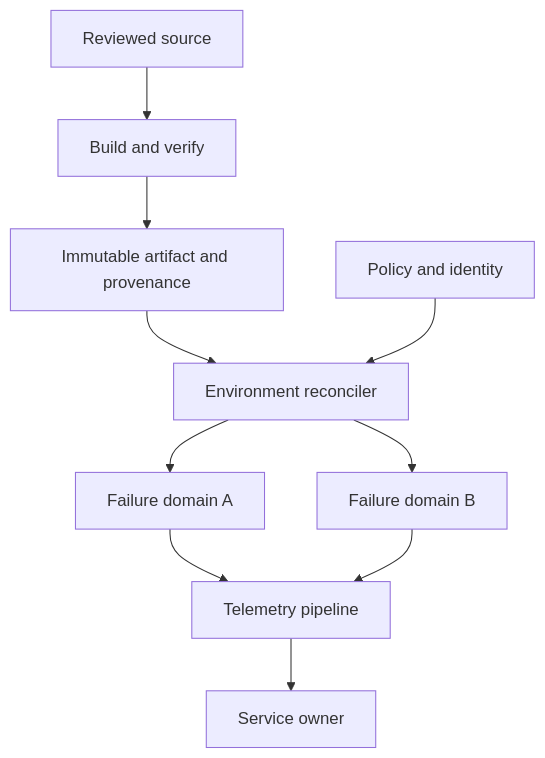
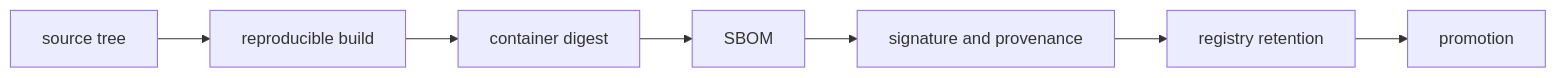
The diagram in docs/study/cicd/03-build-artifacts-and-registries.md (m1mohamad/devops-sre-prep), drawn with Mermaid before and after one commit. The commit also changed other lines of this file and 61 other files, not shown here.

Commit message:
Replace generic architecture and study templates

````diff
--- a/docs/study/cicd/03-build-artifacts-and-registries.md
+++ b/docs/study/cicd/03-build-artifacts-and-registries.md
@@ -54,12 +15,4 @@
 ```mermaid
-flowchart TB
-  Git[Reviewed source] --> CI[Build and verify]
-  CI --> Artifact[Immutable artifact and provenance]
-  Artifact --> Reconciler[Environment reconciler]
-  Policy[Policy and identity] --> Reconciler
-  Reconciler --> AZ1[Failure domain A]
-  Reconciler --> AZ2[Failure domain B]
-  AZ1 --> Telemetry[Telemetry pipeline]
-  AZ2 --> Telemetry
-  Telemetry --> Oncall[Service owner]
+flowchart LR
+  N0[source tree] --> N1[reproducible build] --> N2[container digest] --> N3[SBOM] --> N4[signature and provenance] --> N5[registry retention] --> N6[promotion]
 ```
````
